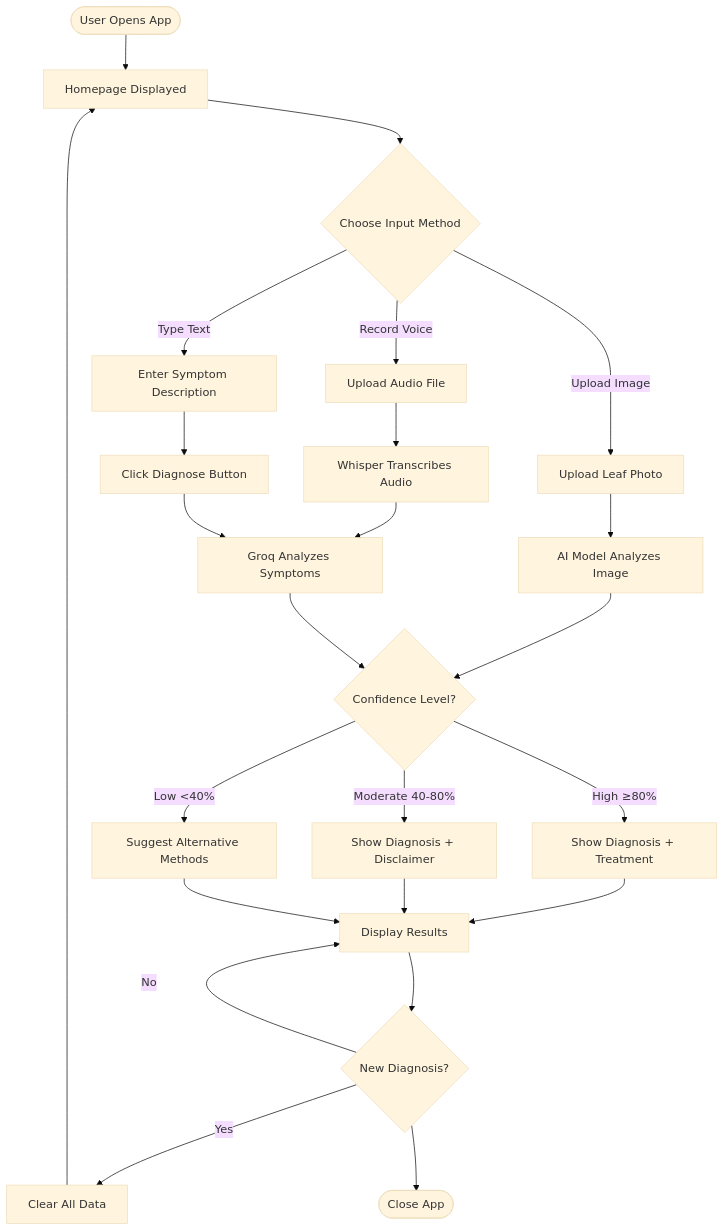
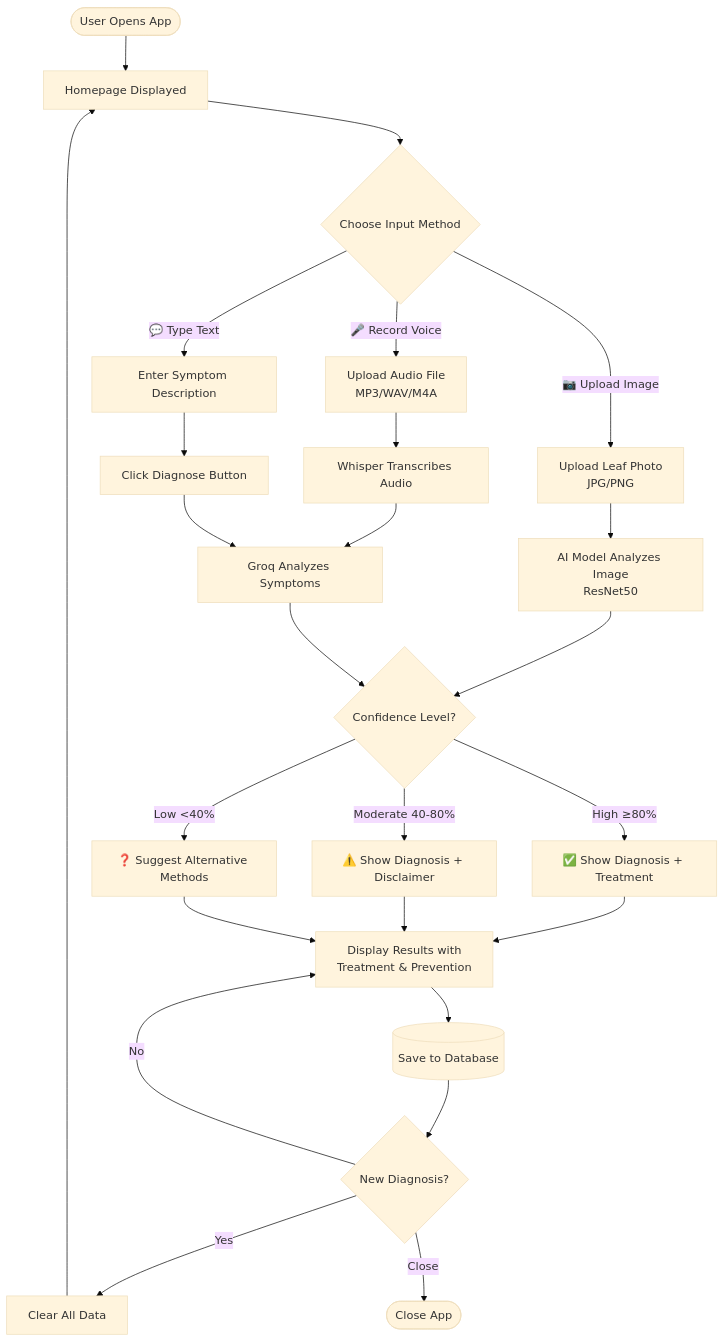
One commit to springboardmentor88888-mahaprasad/Intern-PlantChatBot-Project changed the second of 3 diagrams in README.md. Above: the diagram before and after it, drawn with Mermaid (base theme). The commit also changed other lines of this file and 18 other files, not shown here.

````diff
--- a/README.md
+++ b/README.md
@@ -117,34 +77,35 @@
 ```mermaid
 flowchart TD
     Start([User Opens App]) --> Landing[Homepage Displayed]
     
     Landing --> ChooseInput{Choose Input Method}
     
-    ChooseInput -->|Upload Image| UploadImg[Upload Leaf Photo]
-    ChooseInput -->|Record Voice| UploadVoice[Upload Audio File]
-    ChooseInput -->|Type Text| EnterText[Enter Symptom Description]
+    ChooseInput -->|📷 Upload Image| UploadImg[Upload Leaf Photo<br/>JPG/PNG]
+    ChooseInput -->|🎤 Record Voice| UploadVoice[Upload Audio File<br/>MP3/WAV/M4A]
+    ChooseInput -->|💬 Type Text| EnterText[Enter Symptom Description]
     
-    UploadImg --> ProcessImg[AI Model Analyzes Image]
+    UploadImg --> ProcessImg[AI Model Analyzes Image<br/>ResNet50]
     UploadVoice --> Transcribe[Whisper Transcribes Audio]
     EnterText --> ClickDiagnose[Click Diagnose Button]
     
     Transcribe --> AnalyzeSymptoms[Groq Analyzes Symptoms]
     ClickDiagnose --> AnalyzeSymptoms
     
     ProcessImg --> CheckConfidence{Confidence Level?}
     AnalyzeSymptoms --> CheckConfidence
     
-    CheckConfidence -->|High ≥80%| HighConf[Show Diagnosis + Treatment]
-    CheckConfidence -->|Moderate 40-80%| ModConf[Show Diagnosis + Disclaimer]
-    CheckConfidence -->|Low <40%| LowConf[Suggest Alternative Methods]
+    CheckConfidence -->|High ≥80%| HighConf[✅ Show Diagnosis + Treatment]
+    CheckConfidence -->|Moderate 40-80%| ModConf[⚠️ Show Diagnosis + Disclaimer]
+    CheckConfidence -->|Low <40%| LowConf[❓ Suggest Alternative Methods]
     
-    HighConf --> DisplayResult[Display Results]
+    HighConf --> DisplayResult[Display Results with<br/>Treatment & Prevention]
     ModConf --> DisplayResult
     LowConf --> DisplayResult
     
-    DisplayResult --> NewDiagnosis{New Diagnosis?}
+    DisplayResult --> SaveHistory[(Save to Database)]
+    SaveHistory --> NewDiagnosis{New Diagnosis?}
+    
     NewDiagnosis -->|Yes| ClearState[Clear All Data] --> Landing
     NewDiagnosis -->|No| DisplayResult
-    
-    NewDiagnosis --> End([Close App])
+    NewDiagnosis -->|Close| End([Close App])
 ```
````
